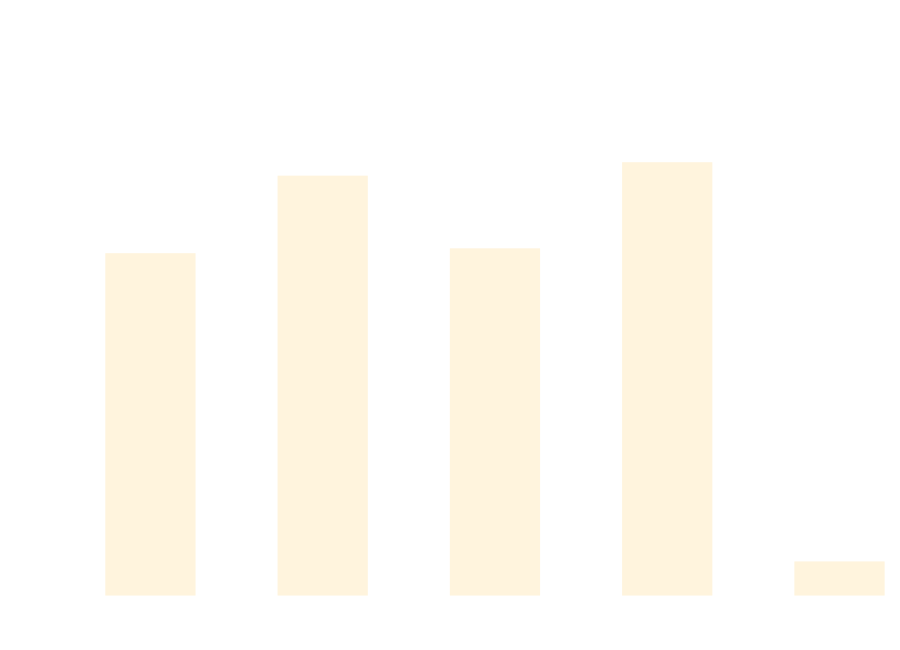
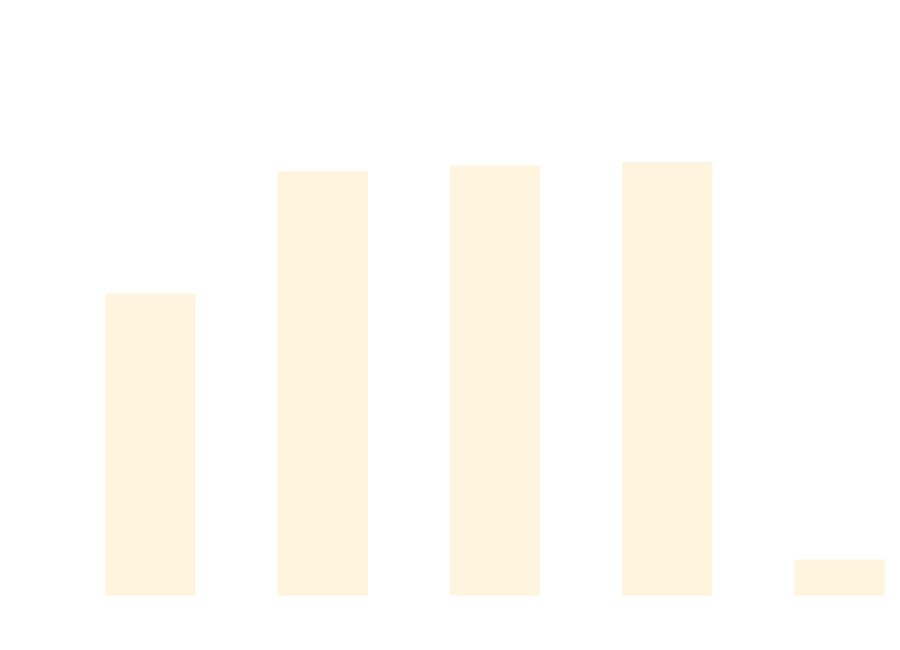
The diagram in docs/docs/benchmarks/ScaleTests.md (thomhurst/TUnit), drawn with Mermaid before and after one commit. The commit also changed other lines of this file and 17 other files, not shown here.

````diff
--- a/docs/docs/benchmarks/ScaleTests.md
+++ b/docs/docs/benchmarks/ScaleTests.md
@@ -27,37 +27,37 @@
 ```mermaid
 %%{init: {
   'theme':'base',
   'themeVariables': {
     'primaryColor': '#2563eb',
     'primaryTextColor': '#ffffff',
     'primaryBorderColor': '#1e40af',
     'lineColor': '#6b7280',
     'secondaryColor': '#7c3aed',
     'tertiaryColor': '#dc2626',
     'background': '#ffffff',
     'mainBkg': '#2563eb',
     'secondBkg': '#7c3aed',
     'tertiaryBkg': '#dc2626',
     'clusterBkg': '#f3f4f6',
     'edgeLabelBackground': '#ffffff',
     'tertiaryTextColor': '#1f2937',
     'pie1': '#2563eb',
     'pie2': '#7c3aed',
     'pie3': '#dc2626',
     'pie4': '#f59e0b',
     'pie5': '#10b981',
     'pie6': '#06b6d4',
     'pie7': '#ec4899',
     'pie8': '#6366f1',
     'pie9': '#84cc16',
     'pie10': '#f97316',
     'pie11': '#14b8a6',
     'pie12': '#a855f7'
   }
 }}%%
 xychart-beta
   title "ScaleTests Performance Comparison"
   x-axis ["TUnit", "NUnit", "MSTest", "xUnit3", "TUnit_AOT"]
-  y-axis "Time (ms)" 0 --> 701
-  bar [458.22, 565.07, 464.92, 583.57, 33.53]
+  y-axis "Time (ms)" 0 --> 778
+  bar [446.61, 633.69, 643.03, 648.13, 40.05]
 ```
````
